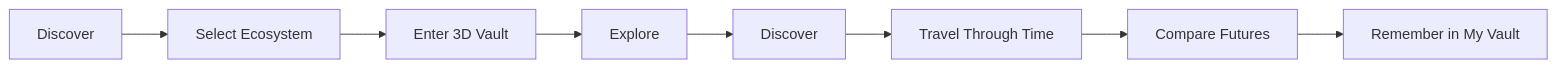
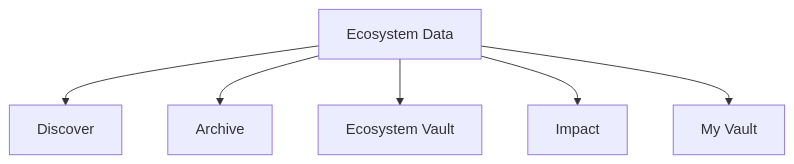
Before and after one commit to KodeMeister-YT/NatureVault: the third of 4 diagrams in README.md, drawn with Mermaid. The commit also changed other lines of this file, not shown here.

````diff
--- a/README.md
+++ b/README.md
@@ -85,10 +167,8 @@
 ```mermaid
-flowchart LR
-    A[Discover] --> B[Select Ecosystem]
-    B --> C[Enter 3D Vault]
-    C --> D[Explore]
-    D --> E[Discover]
-    E --> F[Travel Through Time]
-    F --> G[Compare Futures]
-    G --> H[Remember in My Vault]
+flowchart TD
+    A[Ecosystem Data] --> B[Discover]
+    A --> C[Archive]
+    A --> D[Ecosystem Vault]
+    A --> E[Impact]
+    A --> F[My Vault]
 ```
````
